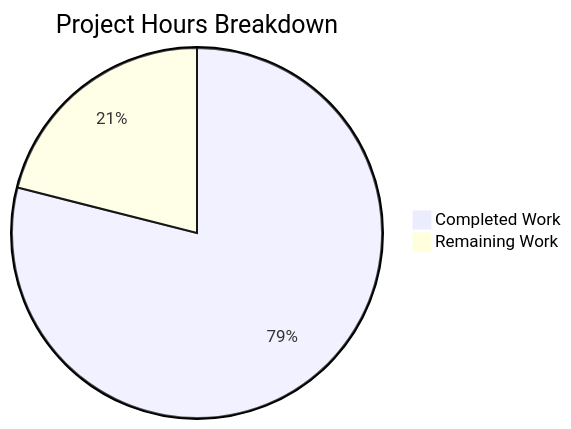
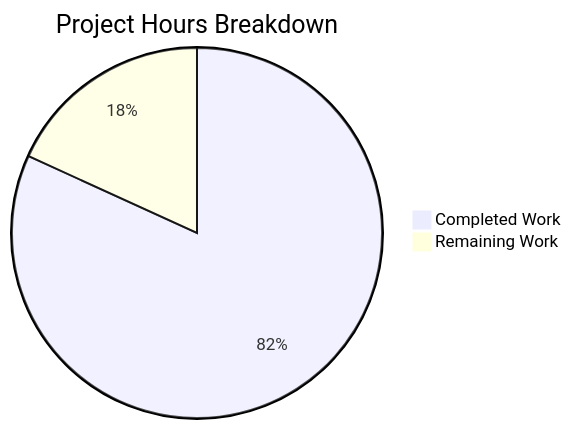
Before and after one commit to Sandeep02Kumar02/29-dec-existing-projects-qa-test-1: the second of 2 diagrams in blitzy/documentation/Project Guide.md, drawn with Mermaid. The commit also changed other lines of this file, not shown here.

Commit message:
Adding Blitzy Project Guide: Project Status and Human Tasks Remaining

````diff
--- a/blitzy/documentation/Project Guide.md
+++ b/blitzy/documentation/Project Guide.md
@@ -83,5 +172,5 @@
 ```mermaid
 pie title Project Hours Breakdown
-    "Completed Work" : 15
-    "Remaining Work" : 4
+    "Completed Work" : 9
+    "Remaining Work" : 2
 ```
````
